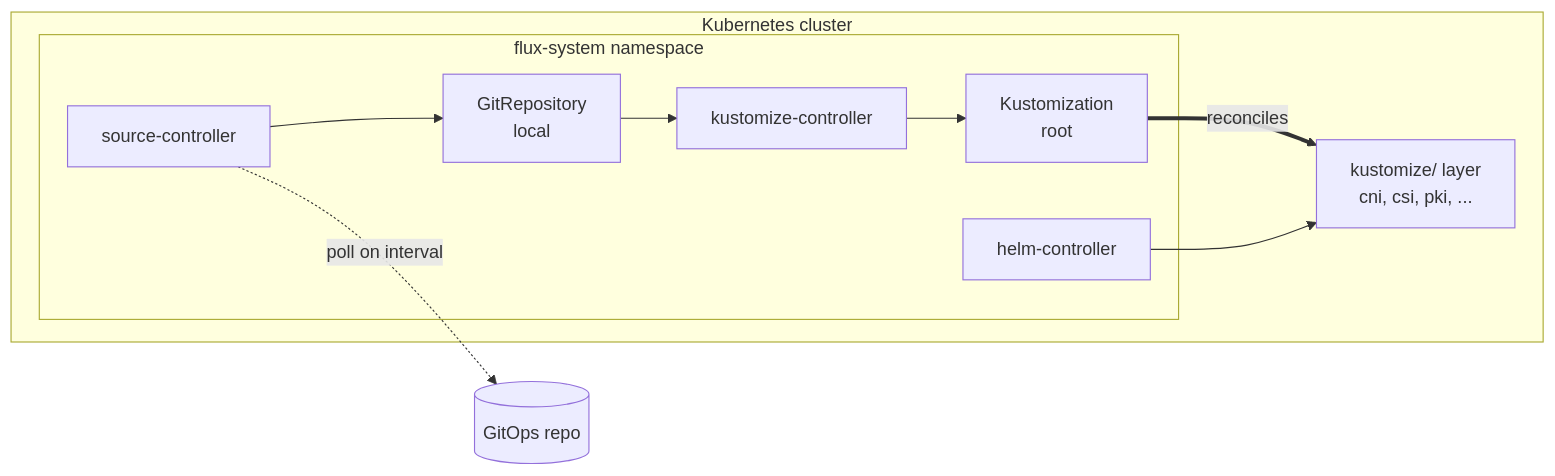
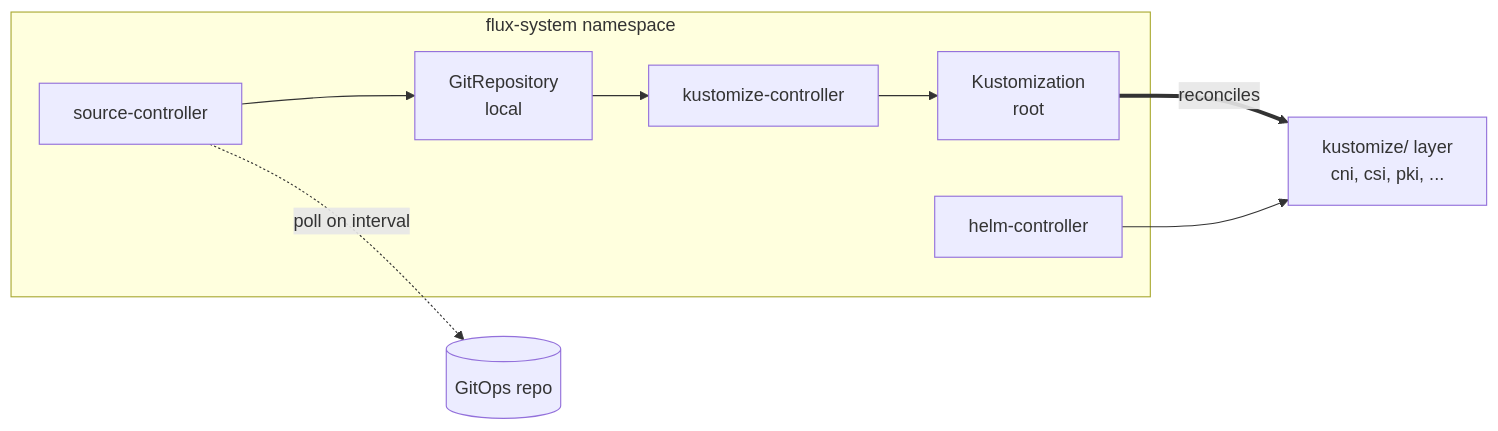
Before and after one commit to windsorcli/core: the second of 2 diagrams in terraform/gitops/README.md, drawn with Mermaid. The commit also changed other lines of this file and 6 other files, not shown here.

Commit message:
chore(docs): refine flowcharts in README files for backend, cluster, compute, CNI, network, gitops, and workstation categories

````diff
--- a/terraform/gitops/README.md
+++ b/terraform/gitops/README.md
@@ -71,22 +70,21 @@
 ```mermaid
 flowchart LR
   repo[(GitOps repo)]
 
-  subgraph cluster[Kubernetes cluster]
-    subgraph fluxsys[flux-system namespace]
-      sc[source-controller]
-      kc[kustomize-controller]
-      hc[helm-controller]
-      gr[GitRepository<br/>local]
-      ks[Kustomization<br/>root]
-    end
-    layer[kustomize/ layer<br/>cni, csi, pki, ...]
+  subgraph fluxsys[flux-system namespace]
+    sc[source-controller]
+    kc[kustomize-controller]
+    hc[helm-controller]
+    gr[GitRepository<br/>local]
+    ks[Kustomization<br/>root]
   end
+
+  layer[kustomize/ layer<br/>cni, csi, pki, ...]
 
   sc -.poll on interval.-> repo
   sc --> gr
   gr --> kc
   kc --> ks
   ks ==reconciles==> layer
   hc --> layer
 ```
````
